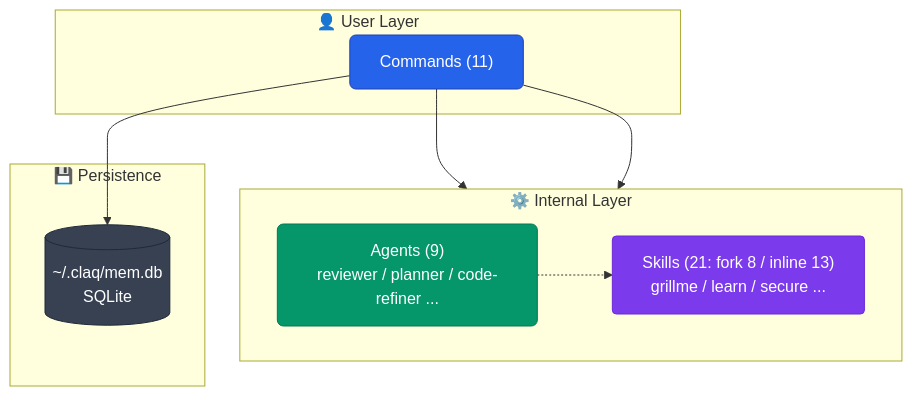
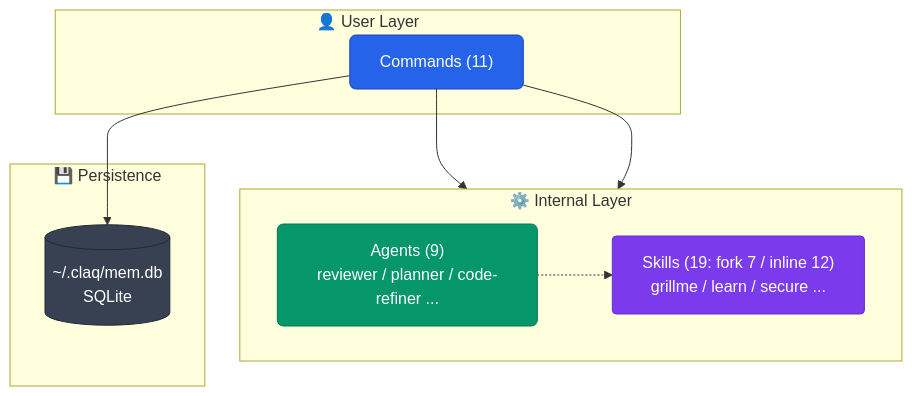
Diagram 19 of 19 in README.md (aokumablue/claq), drawn with Mermaid before and after one commit. The commit also changed other lines of this file and 4 other files, not shown here.

````diff
--- a/README.md
+++ b/README.md
@@ -823,26 +757,26 @@
 ```mermaid
 flowchart TB
   classDef cmd    fill:#2563eb,stroke:#1e40af,color:#fff,rx:6
   classDef agent  fill:#059669,stroke:#047857,color:#fff,rx:6
   classDef skill  fill:#7c3aed,stroke:#6d28d9,color:#fff,rx:4
   classDef store  fill:#374151,stroke:#1f2937,color:#fff,rx:4
 
   subgraph user["👤 User Layer"]
     CMD["Commands (11)"]:::cmd
   end
 
   subgraph internal["⚙️ Internal Layer"]
     direction LR
     AGT["Agents (9)<br/>reviewer / planner / code-refiner ..."]:::agent
-    SKL["Skills (21: fork 8 / inline 13)<br/>grillme / learn / secure ..."]:::skill
+    SKL["Skills (19: fork 7 / inline 12)<br/>grillme / learn / secure ..."]:::skill
   end
 
   subgraph persistence["💾 Persistence"]
     DB[("~/.claq/mem.db<br/>SQLite")]:::store
   end
 
   CMD --> AGT
   CMD --> SKL
   AGT -.-> SKL
   CMD --> DB
 ```
````
